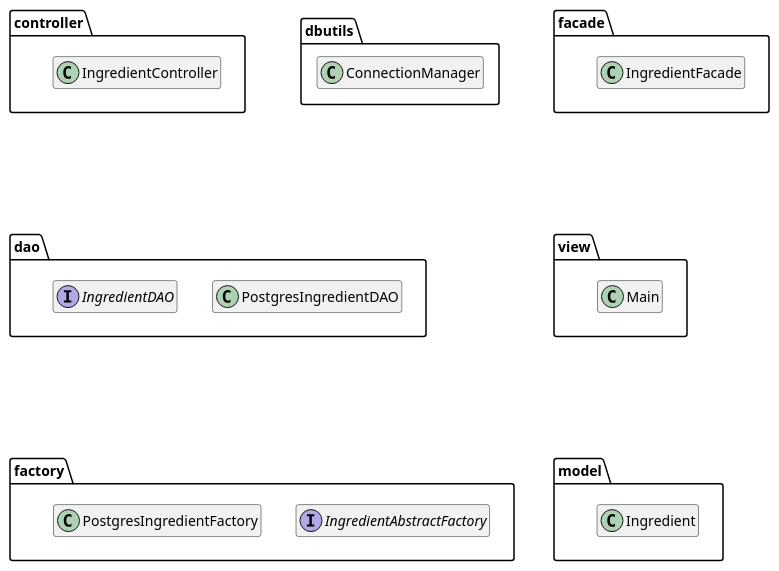
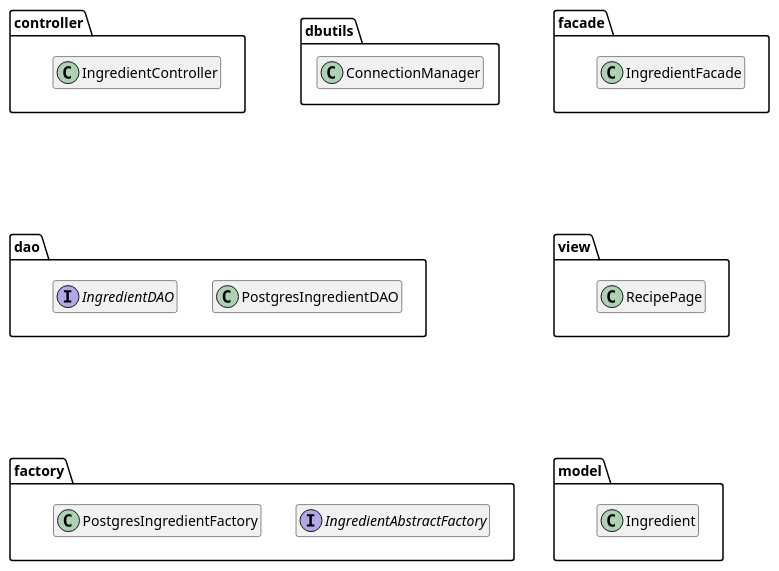
Before and after one commit to iusildra/WineCellar: the diagram in doc/reports/prototype/plantuml/IngredientManagement/packageDiagramIngredient.plantuml, drawn with PlantUML. The commit also changed 6 other files, not shown here.

```diff
--- a/doc/reports/prototype/plantuml/IngredientManagement/packageDiagramIngredient.plantuml
+++ b/doc/reports/prototype/plantuml/IngredientManagement/packageDiagramIngredient.plantuml
@@ -1,38 +1,39 @@
 @startuml packageDiagram
 
 hide empty members
 package  controller{
   class IngredientController
 }
 
 package dao{
   class PostgresIngredientDAO
   interface IngredientDAO
 }
 
 package dbutils{
   class ConnectionManager
 }
 
 package facade{
   class IngredientFacade
 }
 
 package factory{
   interface IngredientAbstractFactory
   class PostgresIngredientFactory
 }
 
 package model{
   class Ingredient
 }
 
+' less generic name
 package view{
-  class Main
+  class RecipePage
 }
-controller --[hidden]d-- dao
-facade --[hidden]d-- view
-dao --[hidden]d-- factory
-view --[hidden]d-- model
+controller  --[hidden]d-- dao
+facade      --[hidden]d-- view
+dao         --[hidden]d-- factory
+view        --[hidden]d-- model
 
 @enduml
```
